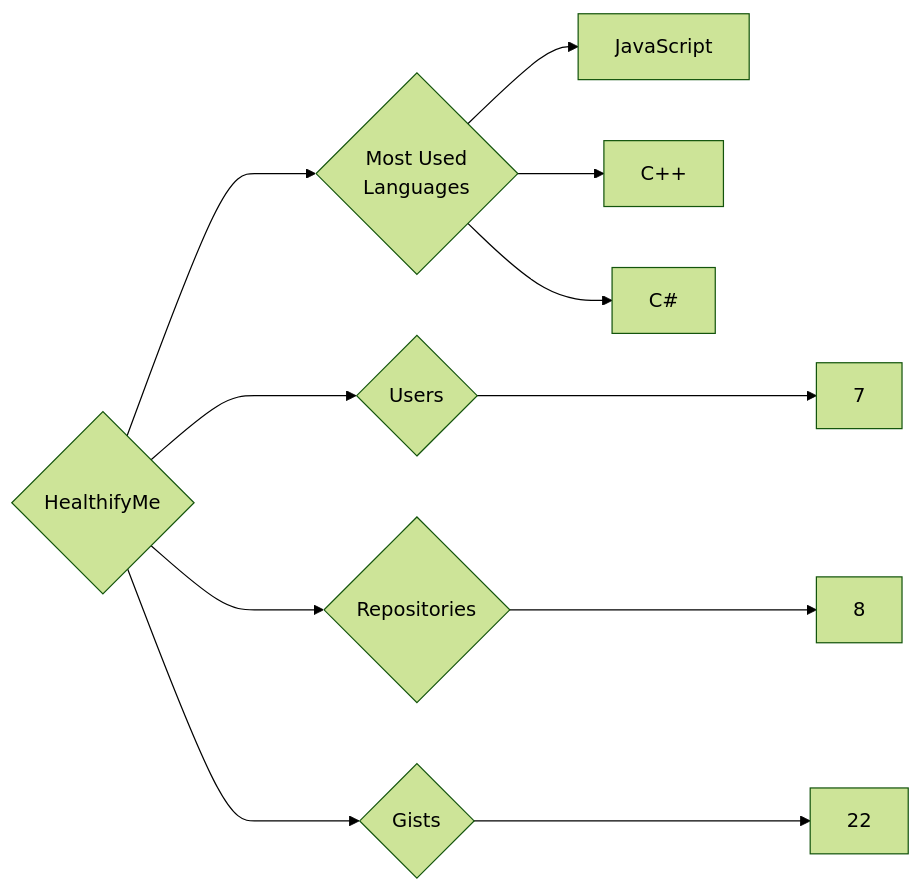
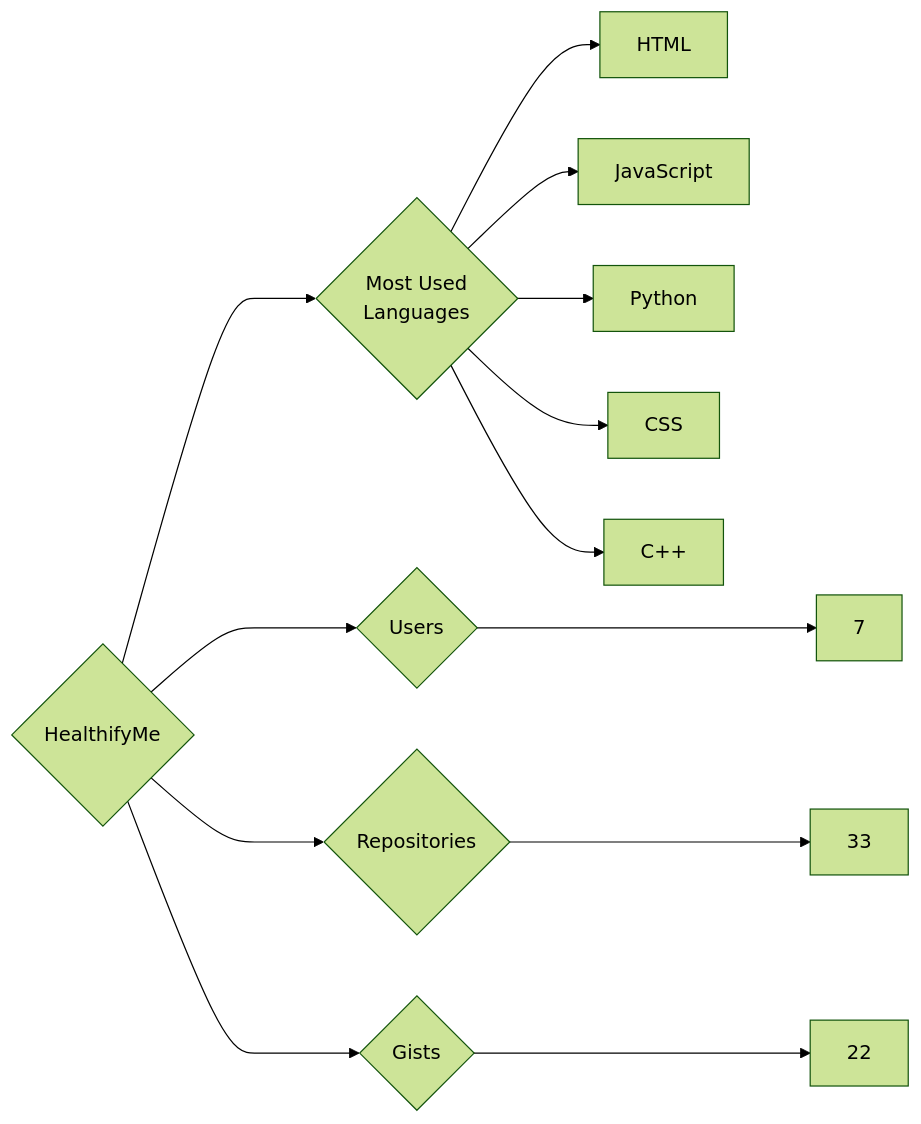
The diagram in targets/HealthifyMe/README.md (trickest/insiders), drawn with Mermaid (forest theme) before and after one commit. The commit also changed 1167 other files, not shown here.

````diff
--- a/targets/HealthifyMe/README.md
+++ b/targets/HealthifyMe/README.md
@@ -3,11 +3,13 @@
 ```mermaid
 graph LR
 COMPANY_NAME{HealthifyMe}
 COMPANY_NAME ---> U{Users} ---> UN[7]
-COMPANY_NAME ---> R{Repositories} ---> RN[8]
+COMPANY_NAME ---> R{Repositories} ---> RN[33]
 COMPANY_NAME ---> G{Gists} ---> GN[22]
 COMPANY_NAME ---> ML{Most Used<br>Languages}
+ML --> HTML[HTML]
 ML --> JavaScript[JavaScript]
+ML --> Python[Python]
+ML --> CSS[CSS]
 ML --> C++[C++]
-ML --> C#[C#]
 ```
````
